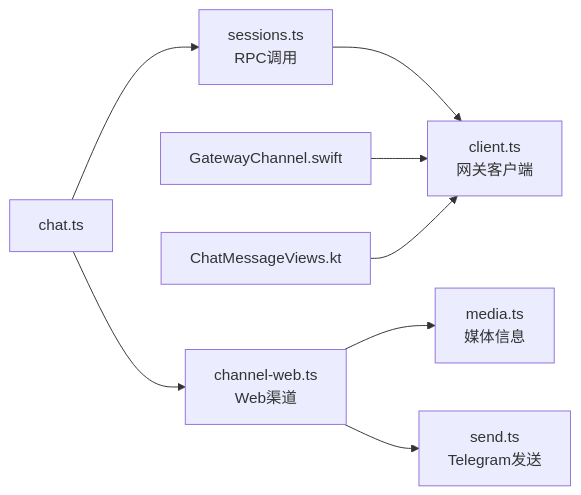
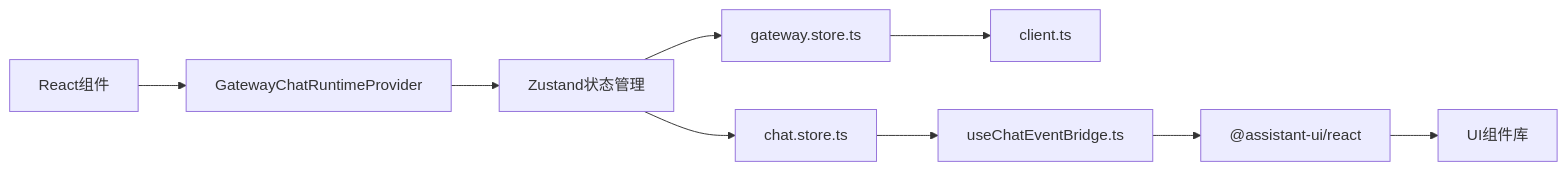
One commit to verse-ai-org/openclaw changed the ninth of 9 diagrams in .qoder/repowiki/zh/content/Web界面/WebChat界面.md. Above: the diagram before and after it, drawn with Mermaid. The commit also changed other lines of this file and 19 other files, not shown here.

````diff
--- a/.qoder/repowiki/zh/content/Web界面/WebChat界面.md
+++ b/.qoder/repowiki/zh/content/Web界面/WebChat界面.md
@@ -355,10 +424,11 @@
 ```mermaid
 graph LR
-UI["chat.ts"] --> RPC["sessions.ts<br/>RPC调用"]
-RPC --> GW["client.ts<br/>网关客户端"]
-UI --> Channel["channel-web.ts<br/>Web渠道"]
-Channel --> Media["media.ts<br/>媒体信息"]
-Channel --> TG["send.ts<br/>Telegram发送"]
-iOS["GatewayChannel.swift"] --> GW
-Android["ChatMessageViews.kt"] --> GW
+React_Components["React组件"] --> Runtime["GatewayChatRuntimeProvider"]
+Runtime --> Zustand["Zustand状态管理"]
+Zustand --> GatewayStore["gateway.store.ts"]
+Zustand --> ChatStore["chat.store.ts"]
+GatewayStore --> Client["client.ts"]
+ChatStore --> Events["useChatEventBridge.ts"]
+Events --> AssistantUI["@assistant-ui/react"]
+AssistantUI --> Components["UI组件库"]
 ```
````
